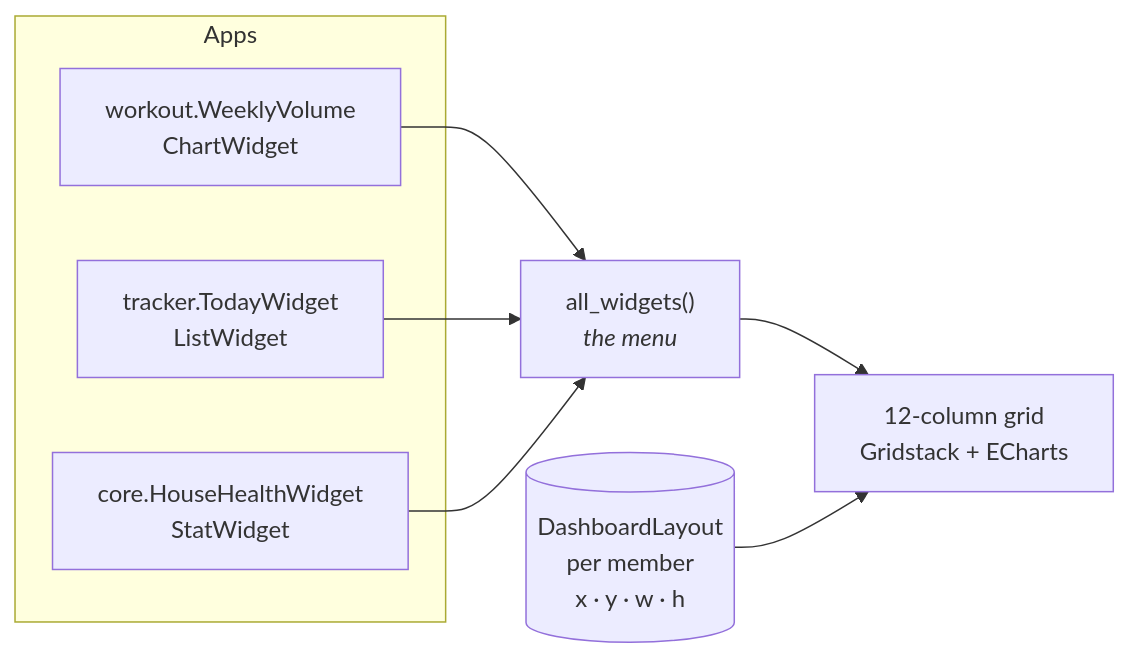
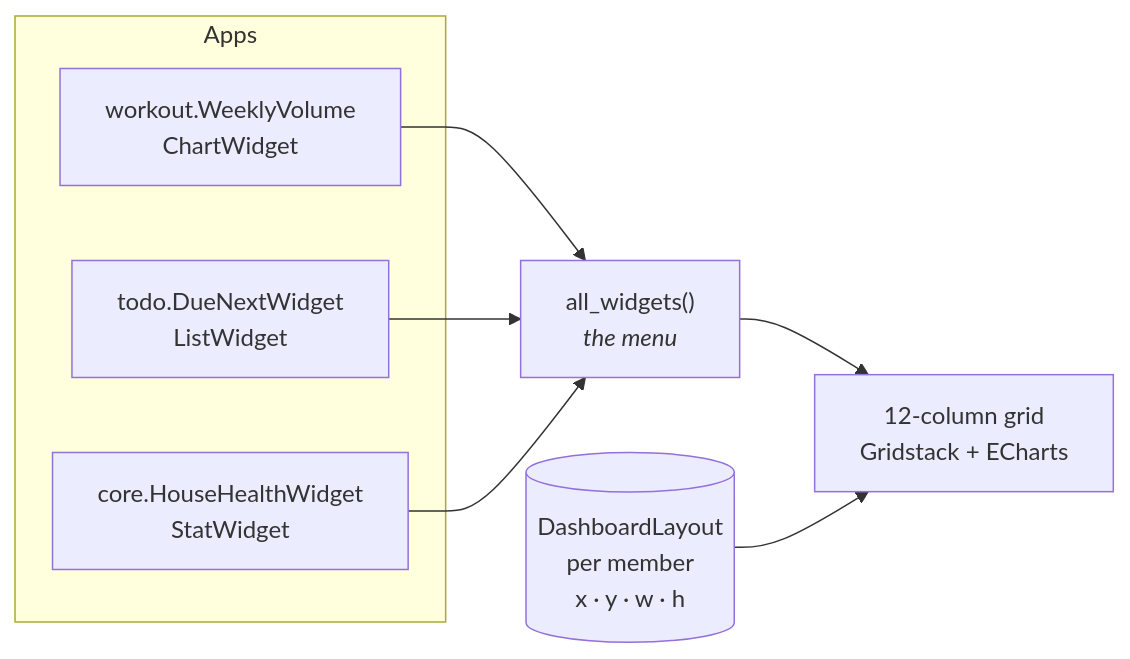
Before and after one commit to nitinrameshuf/Nora_Home: the seventh of 8 diagrams in docs/Main_App/architecture.md, drawn with Mermaid. The commit also changed other lines of this file and 11 other files, not shown here.

````diff
--- a/docs/Main_App/architecture.md
+++ b/docs/Main_App/architecture.md
@@ -282,16 +290,16 @@
 ```mermaid
 graph LR
     subgraph Apps
         A1["workout.WeeklyVolume<br/>ChartWidget"]
-        A2["tracker.TodayWidget<br/>ListWidget"]
+        A2["todo.DueNextWidget<br/>ListWidget"]
         A3["core.HouseHealthWidget<br/>StatWidget"]
     end
 
     CAT["all_widgets()<br/><i>the menu</i>"]
     LAY[("DashboardLayout<br/>per member<br/>x · y · w · h")]
     GRID["12-column grid<br/>Gridstack + ECharts"]
 
     A1 & A2 & A3 --> CAT
     CAT --> GRID
     LAY --> GRID
 ```
````
